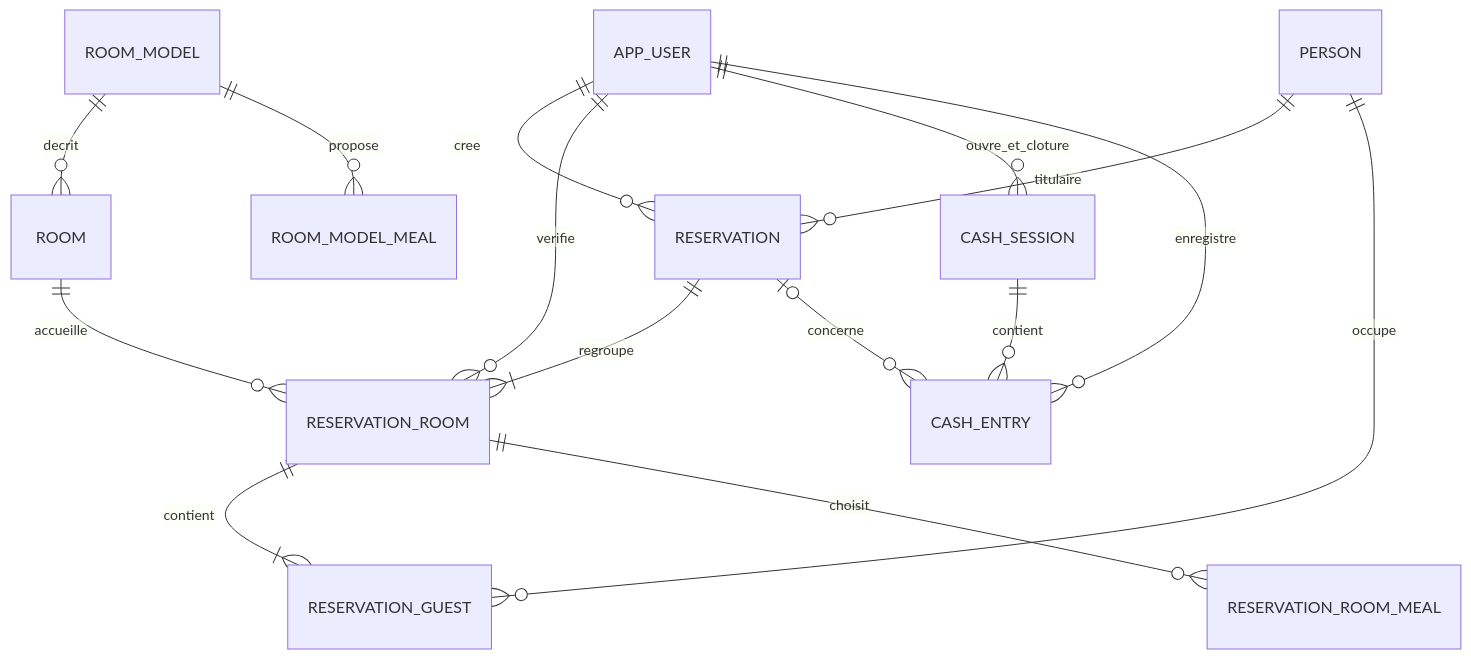
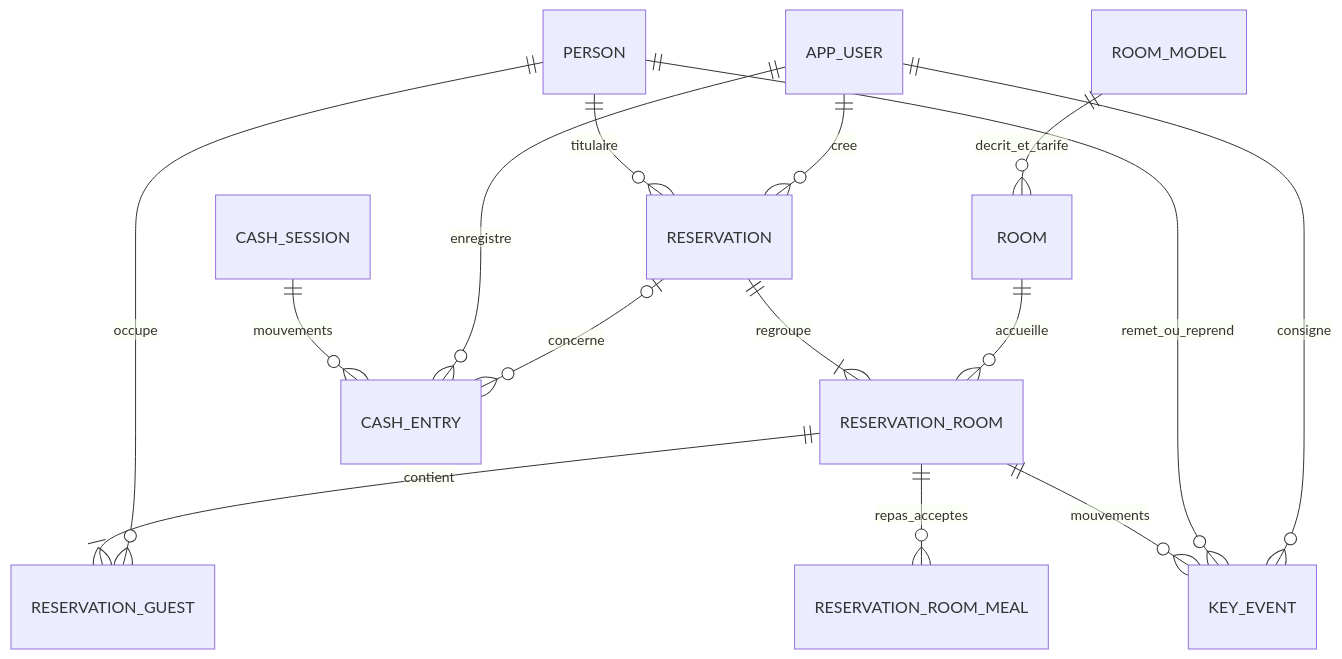
One commit to heithemdev/hotelsys changed the diagram in docs/database.md. Above: the diagram before and after it, drawn with Mermaid. The commit also changed other lines of this file and 43 other files, not shown here.

````diff
--- a/docs/database.md
+++ b/docs/database.md
@@ -7,17 +23,17 @@
 ```mermaid
 erDiagram
-    ROOM_MODEL ||--o{ ROOM : decrit
-    ROOM_MODEL ||--o{ ROOM_MODEL_MEAL : propose
+    ROOM_MODEL ||--o{ ROOM : decrit_et_tarife
     PERSON ||--o{ RESERVATION : titulaire
     APP_USER ||--o{ RESERVATION : cree
     RESERVATION ||--|{ RESERVATION_ROOM : regroupe
     ROOM ||--o{ RESERVATION_ROOM : accueille
     RESERVATION_ROOM ||--|{ RESERVATION_GUEST : contient
     PERSON ||--o{ RESERVATION_GUEST : occupe
-    RESERVATION_ROOM ||--o{ RESERVATION_ROOM_MEAL : choisit
-    APP_USER ||--o{ RESERVATION_ROOM : verifie
-    APP_USER ||--o{ CASH_SESSION : ouvre_et_cloture
-    CASH_SESSION ||--o{ CASH_ENTRY : contient
+    RESERVATION_ROOM ||--o{ RESERVATION_ROOM_MEAL : repas_acceptes
+    RESERVATION_ROOM ||--o{ KEY_EVENT : mouvements
+    PERSON ||--o{ KEY_EVENT : remet_ou_reprend
+    APP_USER ||--o{ KEY_EVENT : consigne
+    CASH_SESSION ||--o{ CASH_ENTRY : mouvements
     APP_USER ||--o{ CASH_ENTRY : enregistre
     RESERVATION o|--o{ CASH_ENTRY : concerne
 ```
````
